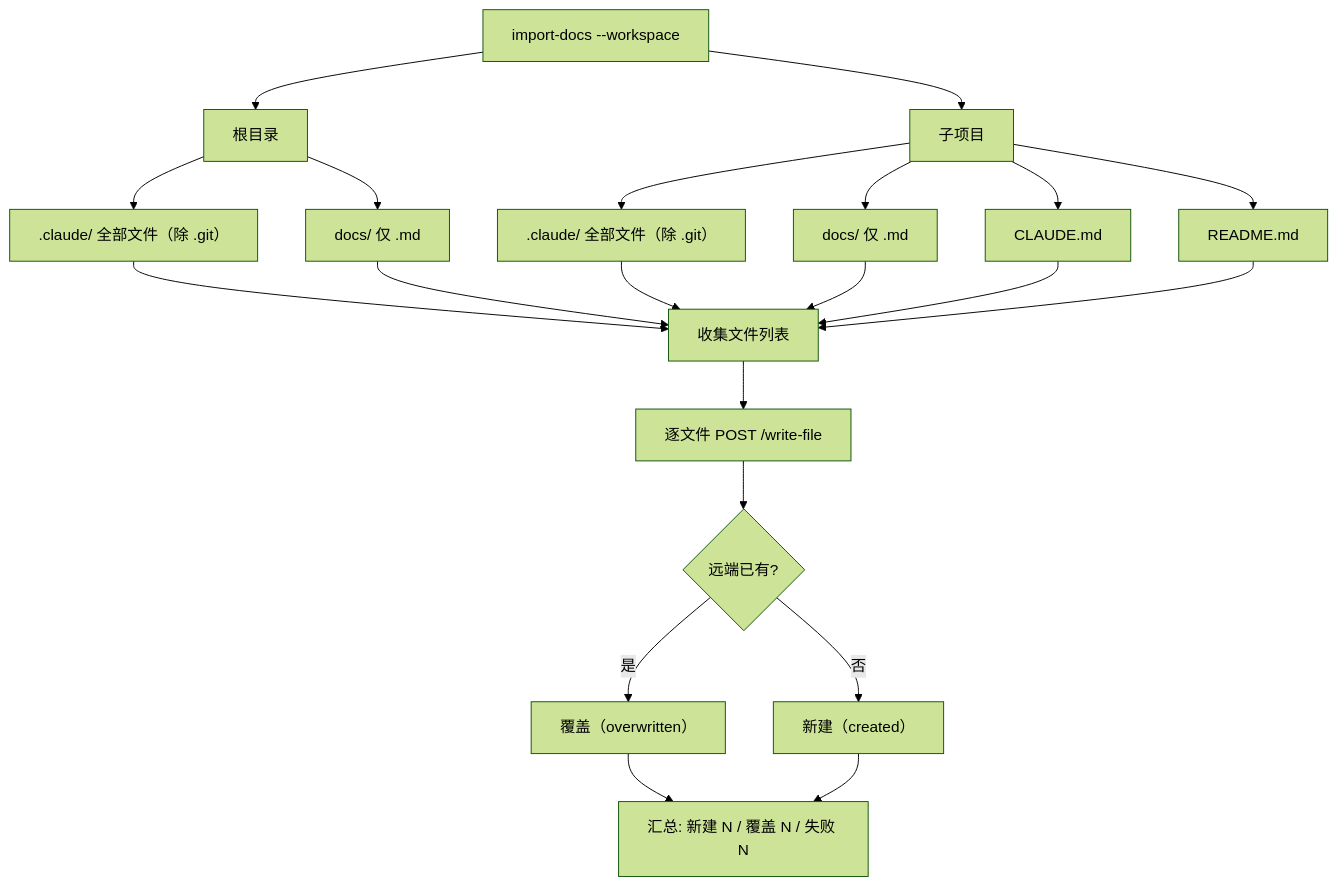
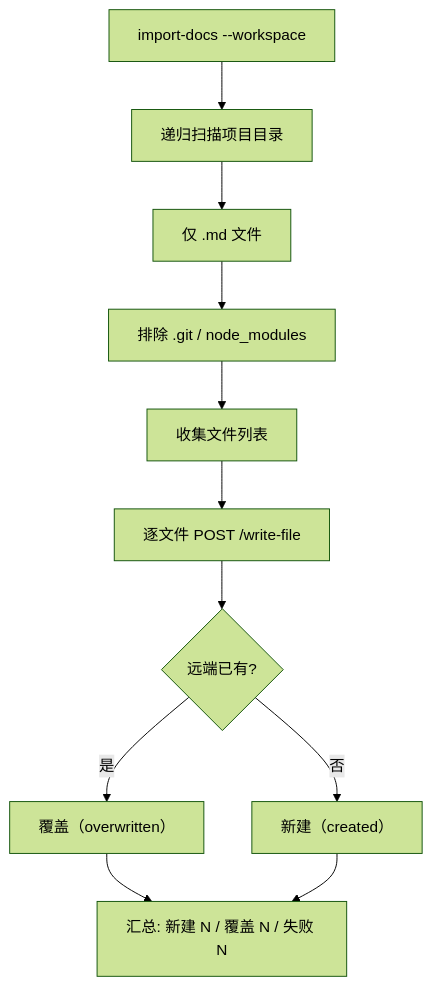
One commit to effiy/YrY changed the first of 2 diagrams in skills/import-docs/SKILL.md. Above: the diagram before and after it, drawn with Mermaid (forest theme). The commit also changed other lines of this file and 26 other files, not shown here.

````diff
--- a/skills/import-docs/SKILL.md
+++ b/skills/import-docs/SKILL.md
@@ -14,20 +14,12 @@
 ```mermaid
 flowchart TD
-    CMD["import-docs --workspace"] --> ROOT[根目录]
-    CMD --> SUB[子项目]
-
-    ROOT --> R1[".claude/ 全部文件（除 .git）"]
-    ROOT --> R2["docs/ 仅 .md"]
-
-    SUB --> CFG[".claude/ 全部文件（除 .git）"]
-    SUB --> DOCS["docs/ 仅 .md"]
-    SUB --> CLAUDE["CLAUDE.md"]
-    SUB --> README["README.md"]
-
-    R1 & R2 & CFG & DOCS & CLAUDE & README --> LIST["收集文件列表"]
+    CMD["import-docs --workspace"] --> SCAN["递归扫描项目目录"]
+    SCAN --> FILTER["仅 .md 文件"]
+    FILTER --> EXCLUDE["排除 .git / node_modules"]
+    EXCLUDE --> LIST["收集文件列表"]
     LIST --> IMPORT["逐文件 POST /write-file"]
     IMPORT --> DEDUP{远端已有?}
     DEDUP -->|是| OW["覆盖（overwritten）"]
     DEDUP -->|否| NEW["新建（created）"]
     OW & NEW --> STATS["汇总: 新建 N / 覆盖 N / 失败 N"]
 ```
````
